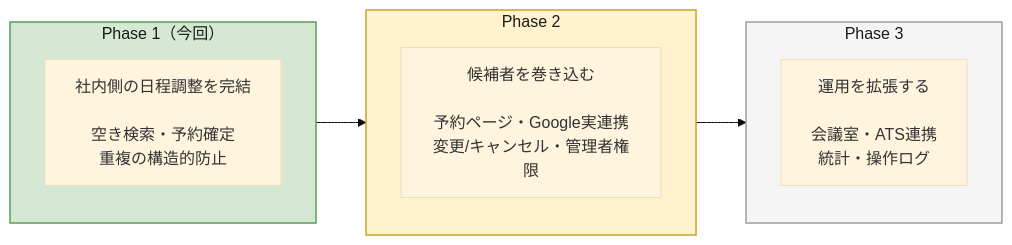
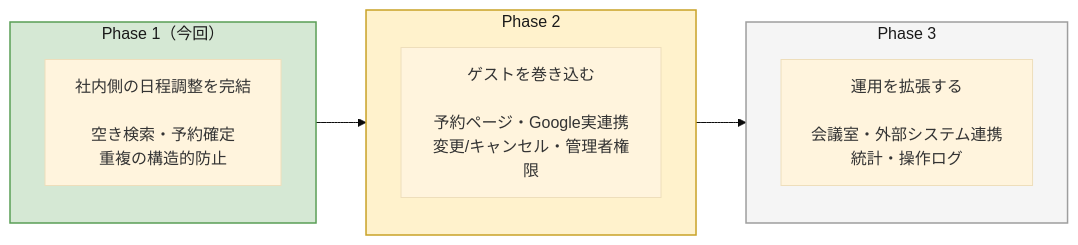
The diagram in docs/要件定義書_Phase別.md (yuito-ouchi/interview-scheduler), drawn with Mermaid (base theme) before and after one commit. The commit also changed other lines of this file and 8 other files, not shown here.

````diff
--- a/docs/要件定義書_Phase別.md
+++ b/docs/要件定義書_Phase別.md
@@ -88,17 +88,17 @@
 ```mermaid
 flowchart LR
     subgraph P1["Phase 1（今回）"]
         A["社内側の日程調整を完結<br/><br/>空き検索・予約確定<br/>重複の構造的防止"]
     end
     subgraph P2["Phase 2"]
-        B["候補者を巻き込む<br/><br/>予約ページ・Google実連携<br/>変更/キャンセル・管理者権限"]
+        B["ゲストを巻き込む<br/><br/>予約ページ・Google実連携<br/>変更/キャンセル・管理者権限"]
     end
     subgraph P3["Phase 3"]
-        C["運用を拡張する<br/><br/>会議室・ATS連携<br/>統計・操作ログ"]
+        C["運用を拡張する<br/><br/>会議室・外部システム連携<br/>統計・操作ログ"]
     end
     P1 --> P2 --> P3
 
     style P1 fill:#D5E8D4,stroke:#5A9E56,stroke-width:1.5px,color:#1A1A1A
     style P2 fill:#FFF2CC,stroke:#C9A227,stroke-width:1.5px,color:#1A1A1A
     style P3 fill:#F5F5F5,stroke:#9E9E9E,stroke-width:1.5px,color:#1A1A1A
 ```
````
